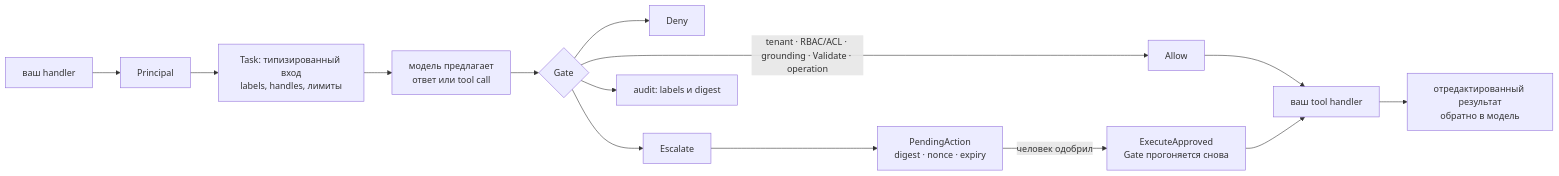
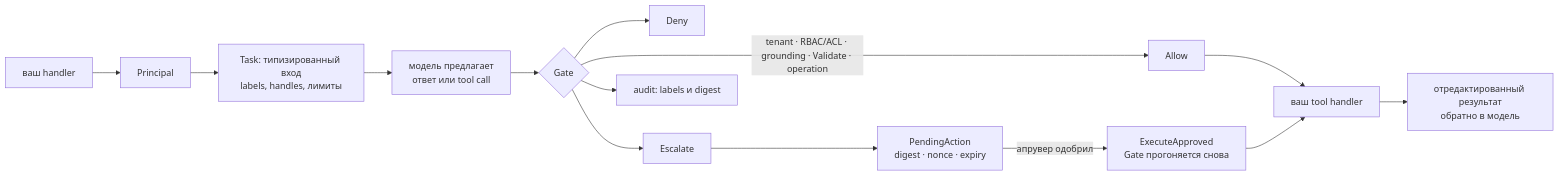
Before and after one commit to KirillYuzh/Gobellim: the diagram in README.ru.md, drawn with Mermaid. The commit also changed other lines of this file and 5 other files, not shown here.

````diff
--- a/README.ru.md
+++ b/README.ru.md
@@ -76,16 +76,16 @@
 ```mermaid
 flowchart LR
     H["ваш handler"] --> P["Principal"]
     P --> T["Task: типизированный вход<br/>labels, handles, лимиты"]
     T --> M["модель предлагает<br/>ответ или tool call"]
     M --> G{"Gate"}
     G -->|"tenant · RBAC/ACL · grounding · Validate · operation"| A["Allow"]
     G --> D["Deny"]
     G --> E["Escalate"]
     A --> X["ваш tool handler"]
     X --> R["отредактированный результат<br/>обратно в модель"]
     E --> C["PendingAction<br/>digest · nonce · expiry"]
-    C -->|"человек одобрил"| EA["ExecuteApproved<br/>Gate прогоняется снова"]
+    C -->|"апрувер одобрил"| EA["ExecuteApproved<br/>Gate прогоняется снова"]
     EA --> X
     G --> AU["audit: labels и digest"]
 ```
````
